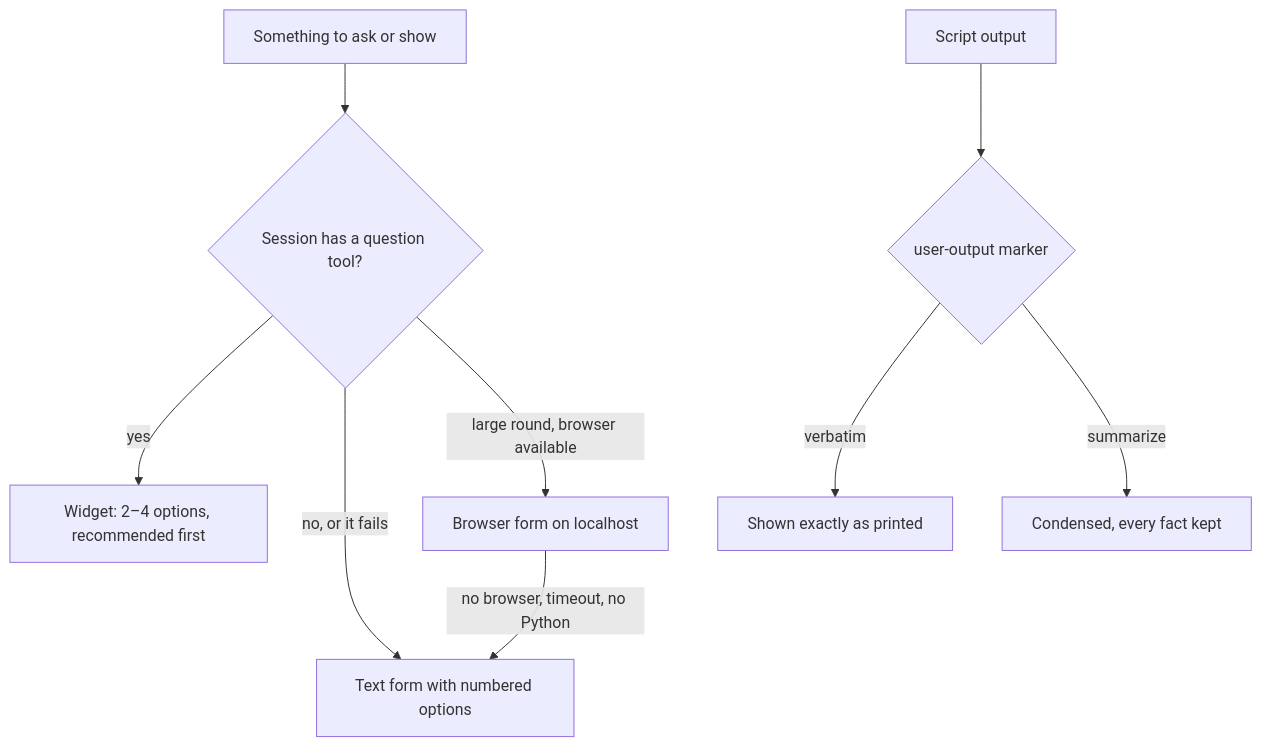
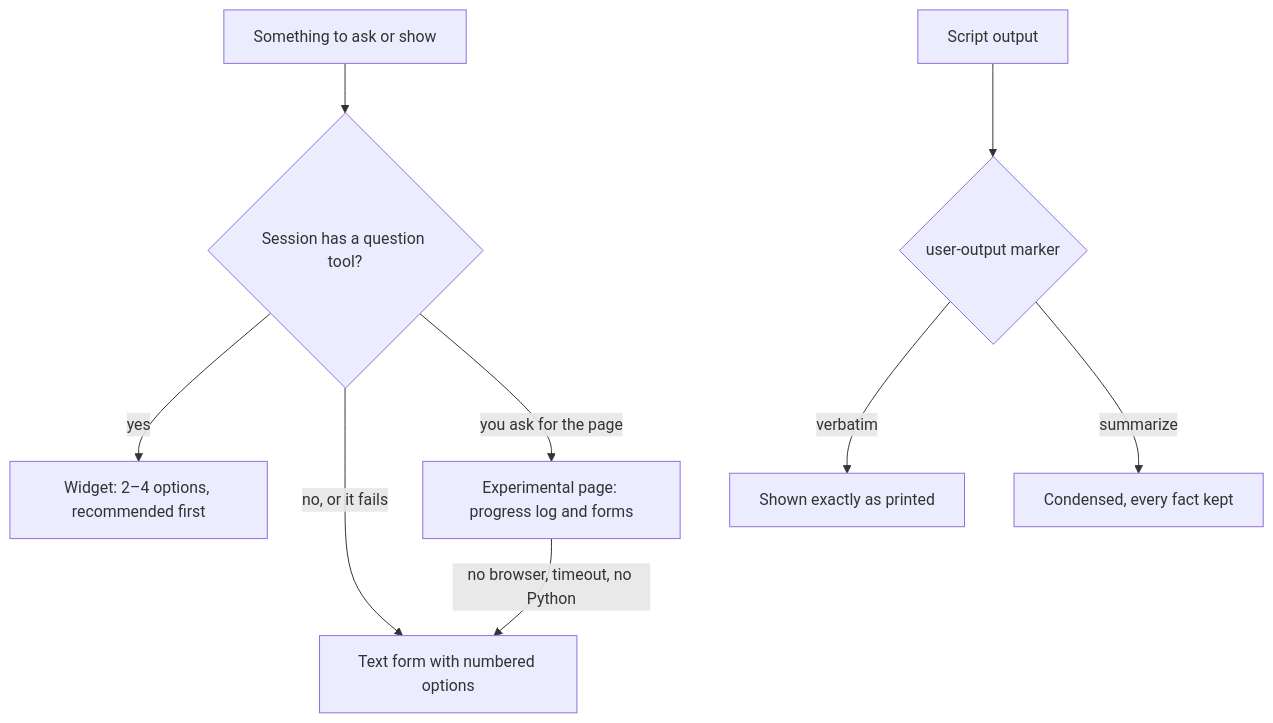
One commit to an-dr/agents changed the diagram in skills/actions/an-dr-ai-use-user-interface/README.md. Above: the diagram before and after it, drawn with Mermaid. The commit also changed other lines of this file and 7 other files, not shown here.

First line of the commit message:
feat(policy): add an experimental progress and forms page

````diff
--- a/skills/actions/an-dr-ai-use-user-interface/README.md
+++ b/skills/actions/an-dr-ai-use-user-interface/README.md
@@ -11,11 +11,11 @@
 ```mermaid
 flowchart TD
   Q[Something to ask or show] --> T{Session has a question tool?}
   T -- yes --> W[Widget: 2–4 options, recommended first]
   T -- no, or it fails --> X[Text form with numbered options]
-  T -- large round, browser available --> F[Browser form on localhost]
+  T -- you ask for the page --> F[Experimental page: progress log and forms]
   F -- no browser, timeout, no Python --> X
   S[Script output] --> M{user-output marker}
   M -- verbatim --> V[Shown exactly as printed]
   M -- summarize --> U[Condensed, every fact kept]
 ```
````
